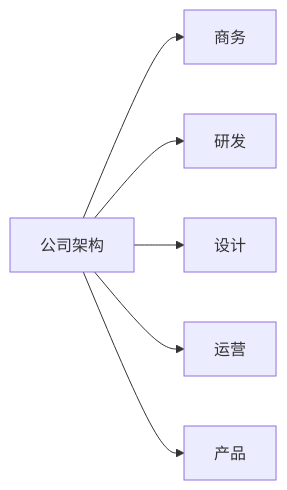
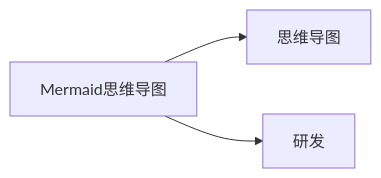
The diagram in docs/notion/notion-example.md (LetTTGACO/elog-docs), drawn with Mermaid before and after one commit. The commit also changed other lines of this file and 5 other files, not shown here.

````diff
--- a/docs/notion/notion-example.md
+++ b/docs/notion/notion-example.md
@@ -217,8 +132,5 @@
 ```mermaid
 graph LR;
-公司架构-->商务
-公司架构-->研发
-公司架构-->设计
-公司架构-->运营
-公司架构-->产品
+Mermaid思维导图-->思维导图
+Mermaid思维导图-->研发
 ```
````
